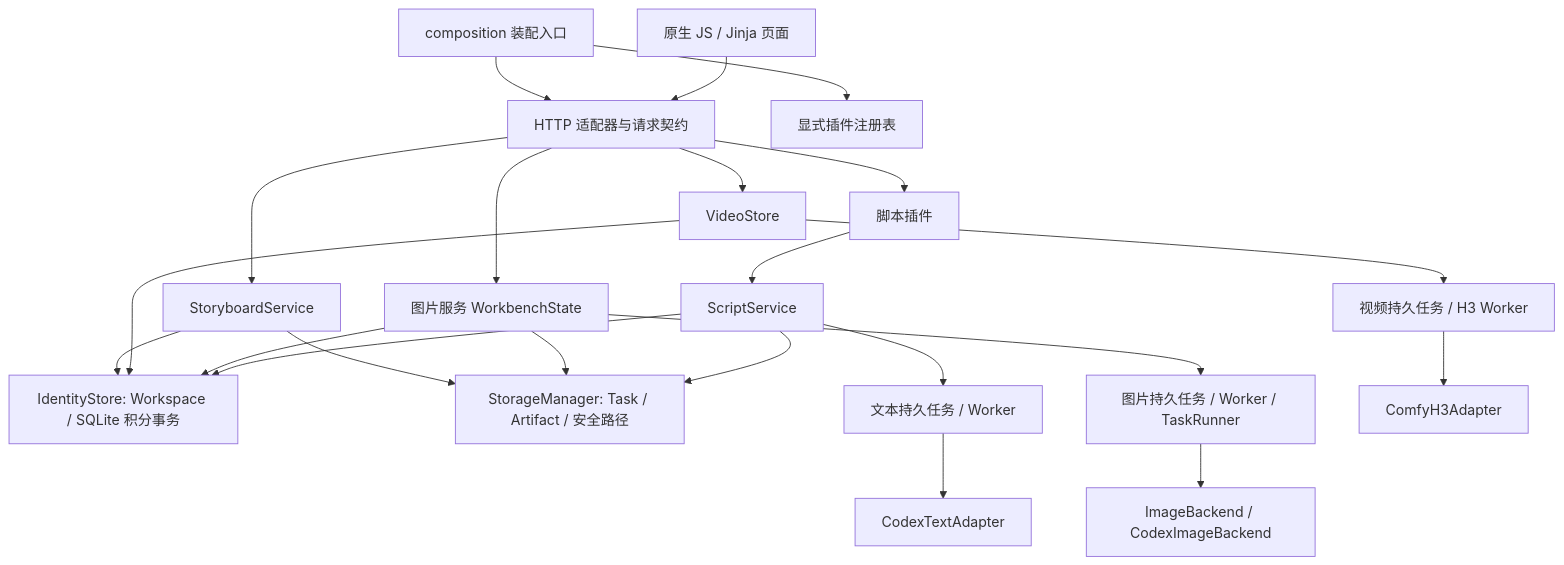
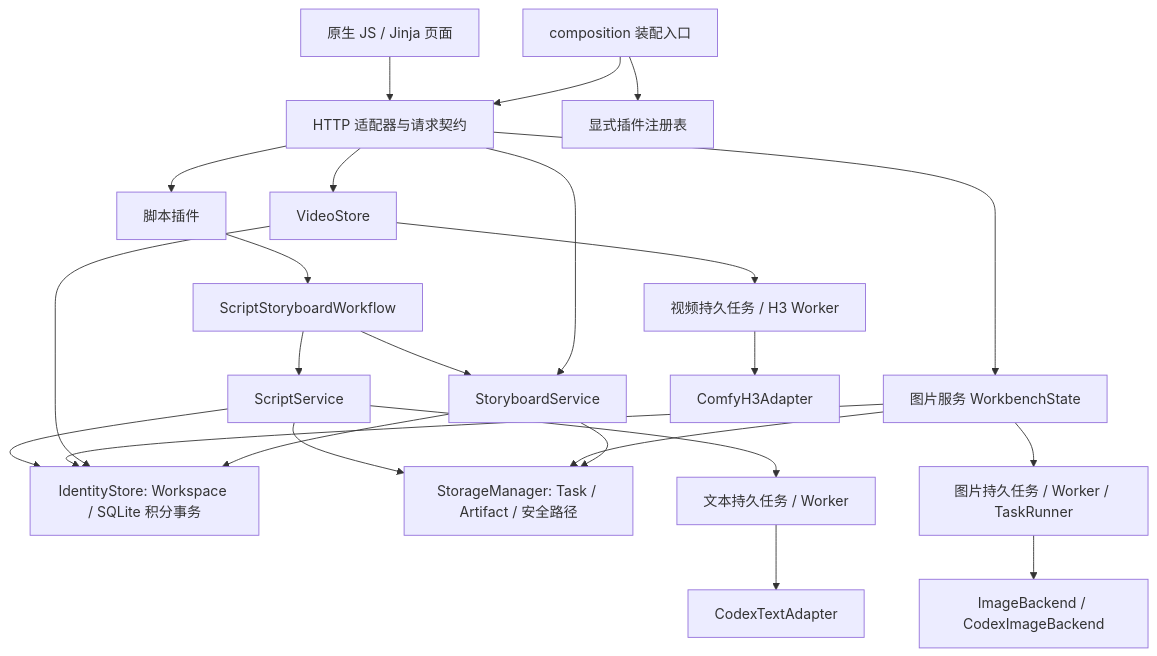
The diagram in docs/architecture/CURRENT_ARCHITECTURE.md (moy352482-bot/image-workbench), drawn with Mermaid before and after one commit. The commit also changed other lines of this file and 21 other files, not shown here.

````diff
--- a/docs/architecture/CURRENT_ARCHITECTURE.md
+++ b/docs/architecture/CURRENT_ARCHITECTURE.md
@@ -24,24 +24,26 @@
 ```mermaid
 flowchart TD
     UI[原生 JS / Jinja 页面] --> HTTP[HTTP 适配器与请求契约]
     COM[composition 装配入口] --> HTTP
     COM --> REG[显式插件注册表]
     HTTP --> SP[脚本插件]
-    SP --> SS[ScriptService]
+    SP --> WF[ScriptStoryboardWorkflow]
+    WF --> SS[ScriptService]
+    WF --> SB[StoryboardService]
     HTTP --> IS[图片服务 WorkbenchState]
     HTTP --> VS[VideoStore]
     HTTP --> SB[StoryboardService]
     SS --> ID[IdentityStore: Workspace / SQLite 积分事务]
     IS --> ID
     VS --> ID
     SB --> ID
     SS --> ST[StorageManager: Task / Artifact / 安全路径]
     IS --> ST
     SB --> ST
     SS --> TQ[文本持久任务 / Worker]
     IS --> IQ[图片持久任务 / Worker / TaskRunner]
     VS --> VQ[视频持久任务 / H3 Worker]
     TQ --> C[CodexTextAdapter]
     IQ --> I[ImageBackend / CodexImageBackend]
     VQ --> H[ComfyH3Adapter]
 ```
````
